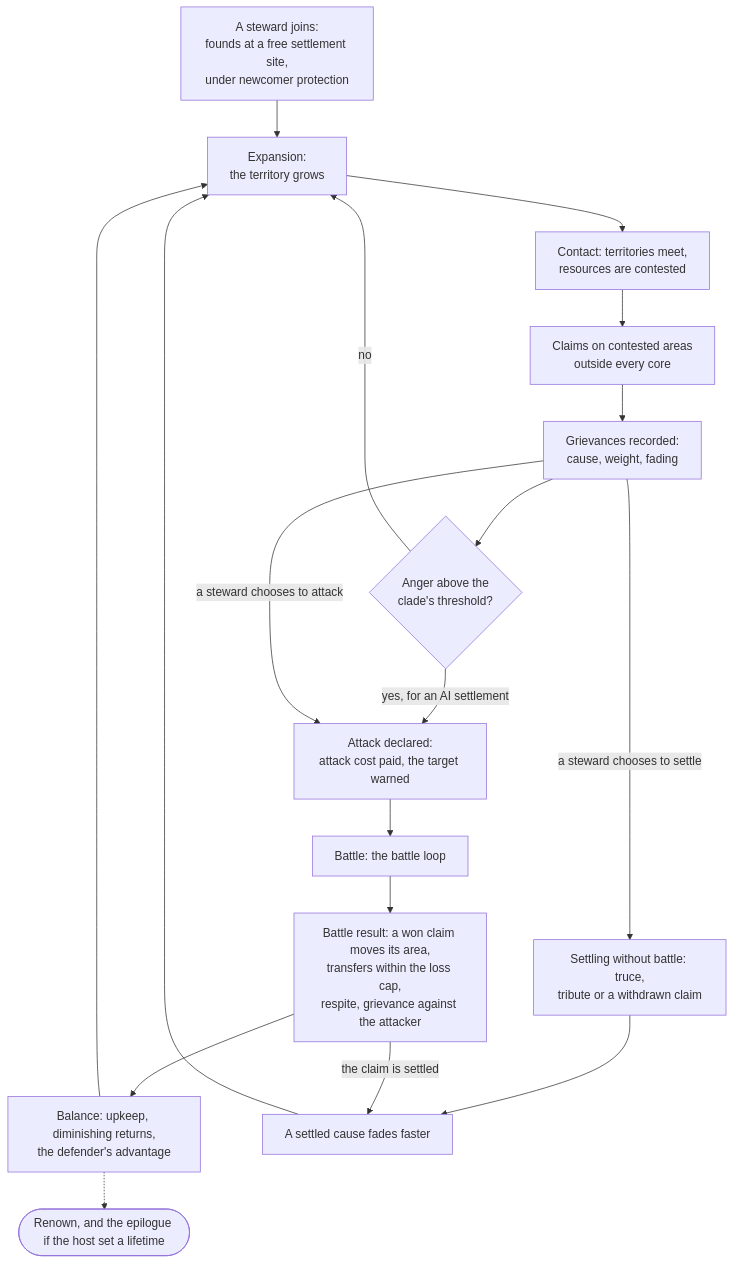
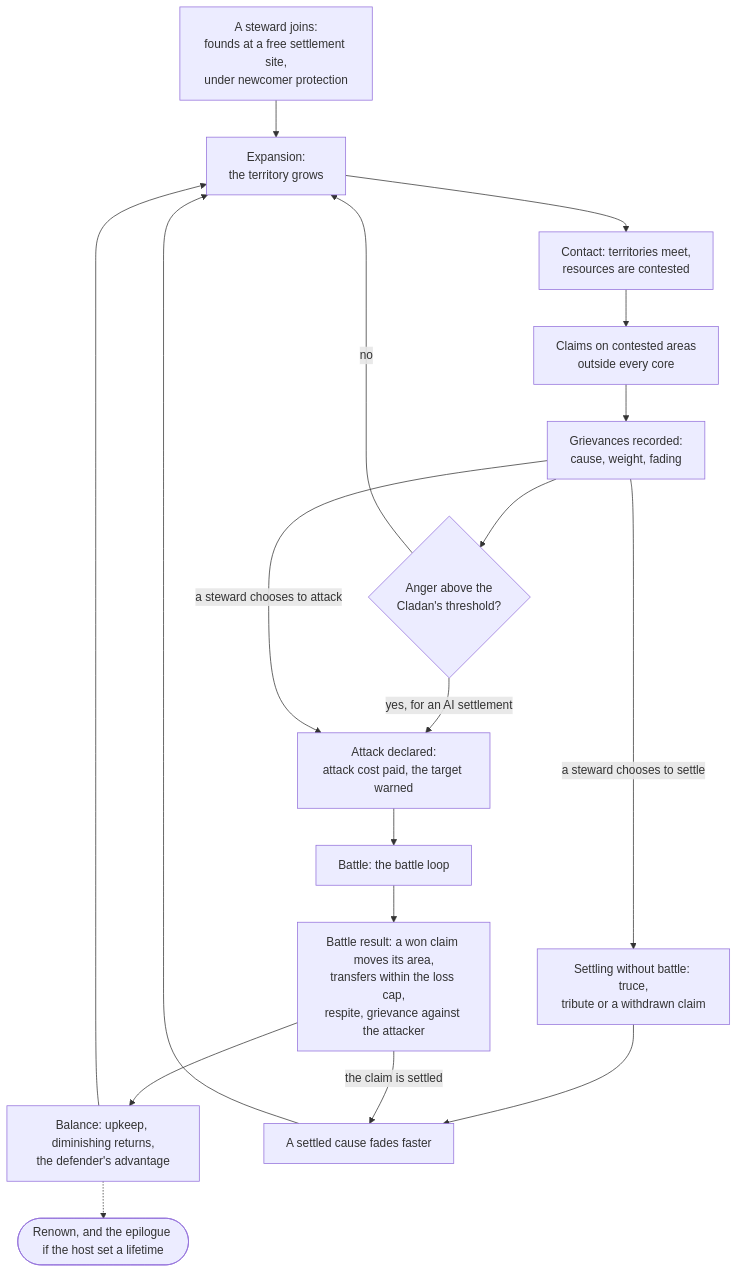
One commit to Zwaliebaba/Species.AI changed the fourth of 8 diagrams in Design/gdd/00_vision_pillars_and_core_loops.md. Above: the diagram before and after it, drawn with Mermaid. The commit also changed other lines of this file and 21 other files, not shown here.

````diff
--- a/Design/gdd/00_vision_pillars_and_core_loops.md
+++ b/Design/gdd/00_vision_pillars_and_core_loops.md
@@ -517,26 +517,26 @@
 ```mermaid
 flowchart TB
     JOIN["A steward joins:<br/>founds at a free settlement site,<br/>under newcomer protection"]
     EXPA["Expansion:<br/>the territory grows"]
     CONT["Contact: territories meet,<br/>resources are contested"]
     CLAI["Claims on contested areas<br/>outside every core"]
     GRIE["Grievances recorded:<br/>cause, weight, fading"]
-    ANGR{"Anger above the<br/>clade's threshold?"}
+    ANGR{"Anger above the<br/>Cladan's threshold?"}
     SETL["Settling without battle: truce,<br/>tribute or a withdrawn claim"]
     DECL["Attack declared:<br/>attack cost paid, the target warned"]
     BATL["Battle: the battle loop"]
     RESL["Battle result: a won claim moves its area,<br/>transfers within the loss cap,<br/>respite, grievance against the attacker"]
     BALA["Balance: upkeep, diminishing returns,<br/>the defender's advantage"]
     FADE["A settled cause fades faster"]
     LIFE(["Renown, and the epilogue if the host set a lifetime"])
     JOIN --> EXPA --> CONT --> CLAI --> GRIE --> ANGR
     ANGR -->|"no"| EXPA
     ANGR -->|"yes, for an AI settlement"| DECL
     GRIE -->|"a steward chooses to attack"| DECL
     GRIE -->|"a steward chooses to settle"| SETL
     SETL --> FADE
     DECL --> BATL --> RESL --> BALA --> EXPA
     RESL -->|"the claim is settled"| FADE
     FADE --> EXPA
     BALA -.-> LIFE
 ```
````
